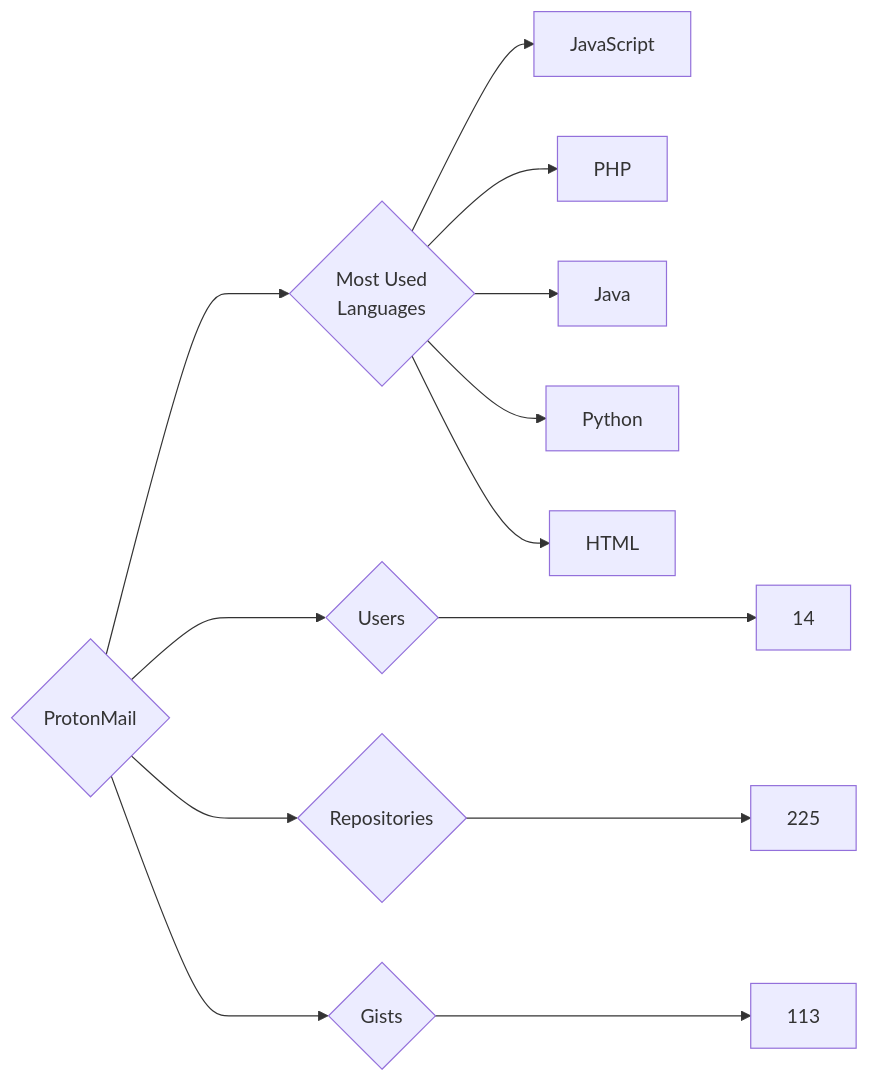
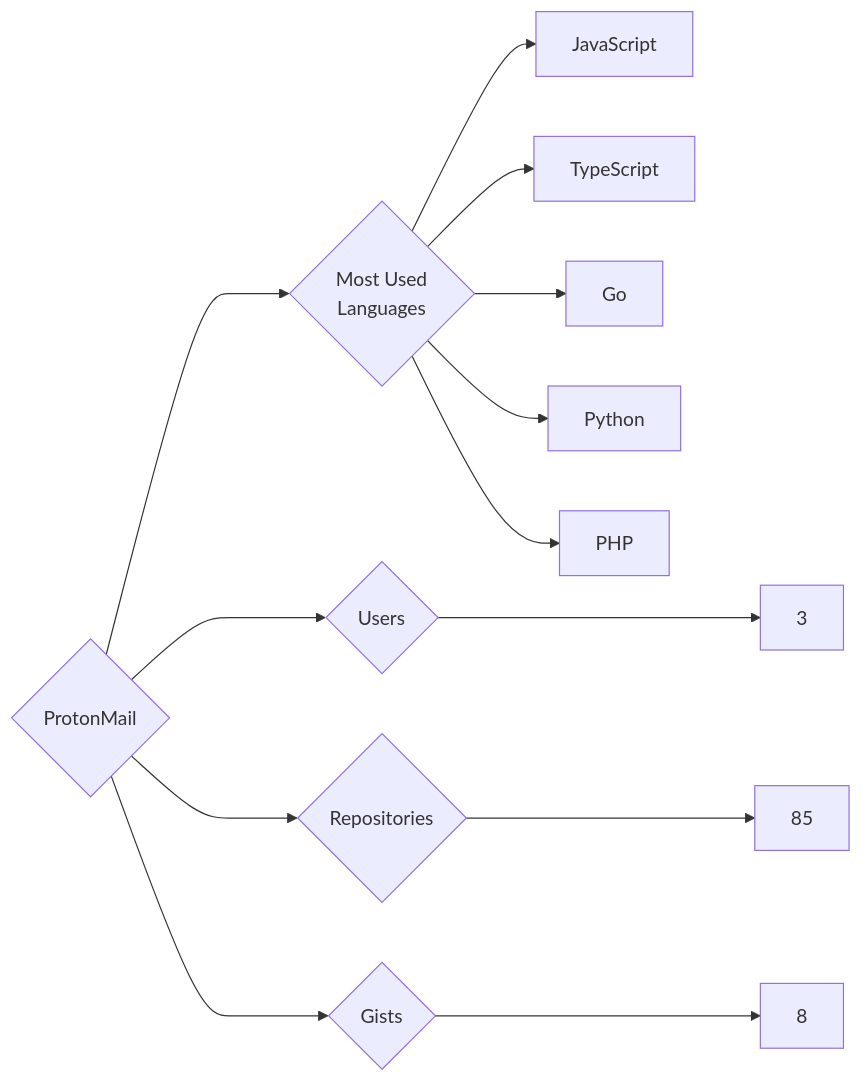
Before and after one commit to trickest/insiders: the diagram in targets/ProtonMail/README.md, drawn with Mermaid. The commit also changed 597 other files, not shown here.

````diff
--- a/targets/ProtonMail/README.md
+++ b/targets/ProtonMail/README.md
@@ -3,13 +3,13 @@
 ```mermaid
 graph LR
 COMPANY_NAME{ProtonMail}
-COMPANY_NAME ---> U{Users} ---> UN[14]
-COMPANY_NAME ---> R{Repositories} ---> RN[225]
-COMPANY_NAME ---> G{Gists} ---> GN[113]
+COMPANY_NAME ---> U{Users} ---> UN[3]
+COMPANY_NAME ---> R{Repositories} ---> RN[85]
+COMPANY_NAME ---> G{Gists} ---> GN[8]
 COMPANY_NAME ---> ML{Most Used<br>Languages}
 ML --> JavaScript[JavaScript]
+ML --> TypeScript[TypeScript]
+ML --> Go[Go]
+ML --> Python[Python]
 ML --> PHP[PHP]
-ML --> Java[Java]
-ML --> Python[Python]
-ML --> HTML[HTML]
 ```
````
